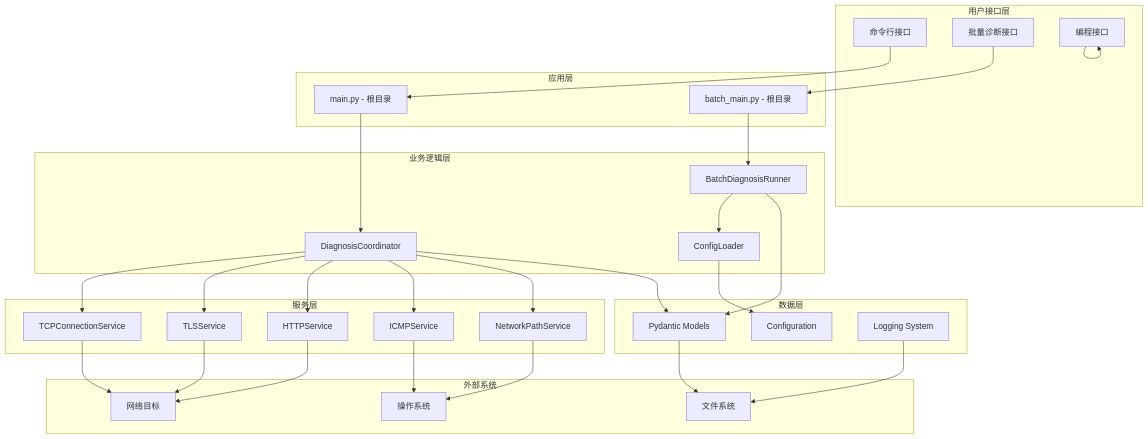
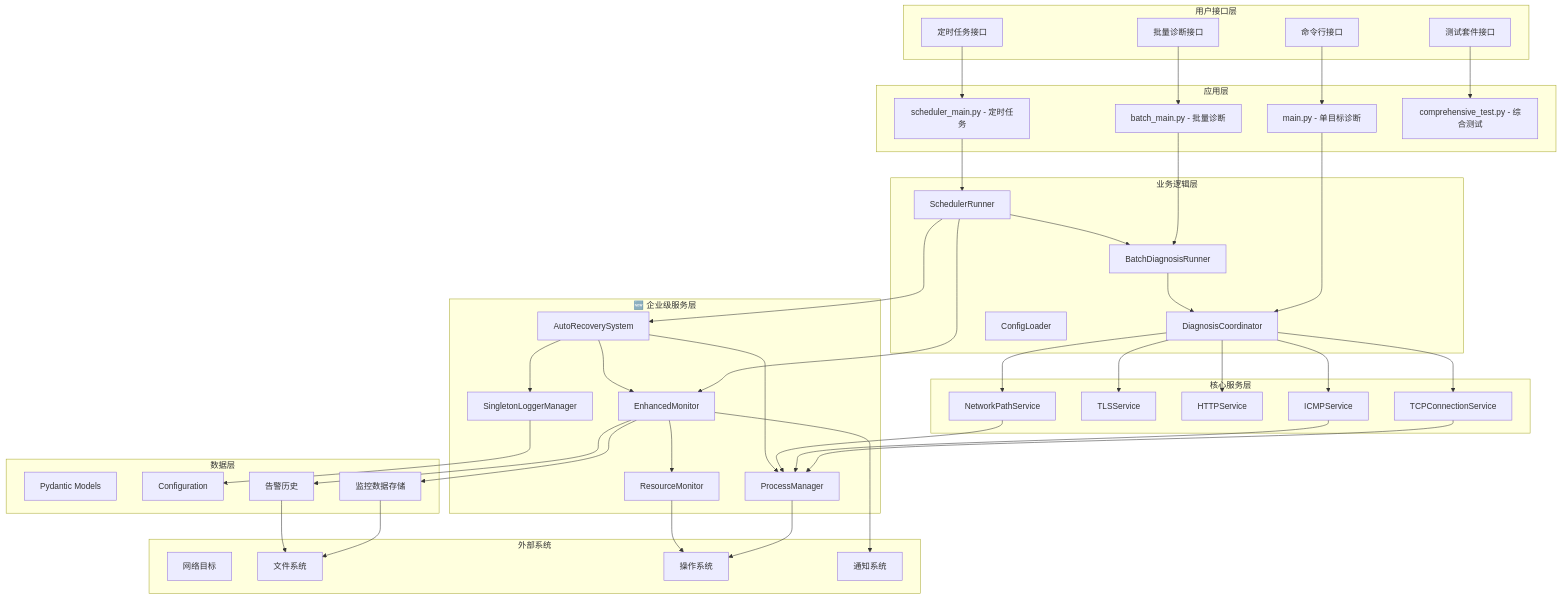
Before and after one commit to Matthewyin/probing: the first of 7 diagrams in network-diagnosis/doc/ARCHITECTURE.md, drawn with Mermaid. The commit also changed other lines of this file and 7 other files, not shown here.

````diff
--- a/network-diagnosis/doc/ARCHITECTURE.md
+++ b/network-diagnosis/doc/ARCHITECTURE.md
@@ -11,22 +22,25 @@
     subgraph "用户接口层"
         CLI[命令行接口]
         BatchCLI[批量诊断接口]
-        API[编程接口]
+        SchedulerCLI[定时任务接口]
+        TestSuite[测试套件接口]
     end
     
     subgraph "应用层"
-        Main[main.py - 根目录]
-        BatchMain[batch_main.py - 根目录]
-        API[编程接口]
+        Main[main.py - 单目标诊断]
+        BatchMain[batch_main.py - 批量诊断]
+        SchedulerMain[scheduler_main.py - 定时任务]
+        ComprehensiveTest[comprehensive_test.py - 综合测试]
     end
     
     subgraph "业务逻辑层"
         Coordinator[DiagnosisCoordinator]
         BatchRunner[BatchDiagnosisRunner]
+        SchedulerRunner[SchedulerRunner]
         ConfigLoader[ConfigLoader]
     end
     
-    subgraph "服务层"
+    subgraph "核心服务层"
         TCPService[TCPConnectionService]
         TLSService[TLSService]
         HTTPService[HTTPService]
@@ -34,25 +48,41 @@
         PathService[NetworkPathService]
     end
     
+    subgraph "🆕 企业级服务层"
+        SingletonLogger[SingletonLoggerManager]
+        EnhancedMonitor[EnhancedMonitor]
+        AutoRecovery[AutoRecoverySystem]
+        ProcessManager[ProcessManager]
+        ResourceMonitor[ResourceMonitor]
+    end
+    
     subgraph "数据层"
         Models[Pydantic Models]
         Config[Configuration]
-        Logger[Logging System]
+        MonitoringData[监控数据存储]
+        AlertHistory[告警历史]
     end
     
     subgraph "外部系统"
         Network[网络目标]
         FileSystem[文件系统]
         OS[操作系统]
+        NotificationSystems[通知系统]
     end
     
     CLI --> Main
     BatchCLI --> BatchMain
-    API --> API
+    SchedulerCLI --> SchedulerMain
+    TestSuite --> ComprehensiveTest
     
     Main --> Coordinator
     BatchMain --> BatchRunner
-    BatchRunner --> ConfigLoader
+    SchedulerMain --> SchedulerRunner
+    
+    BatchRunner --> Coordinator
+    SchedulerRunner --> BatchRunner
+    SchedulerRunner --> EnhancedMonitor
+    SchedulerRunner --> AutoRecovery
     
     Coordinator --> TCPService
     Coordinator --> TLSService
@@ -60,16 +90,23 @@
     Coordinator --> ICMPService
     Coordinator --> PathService
     
-    TCPService --> Network
-    TLSService --> Network
-    HTTPService --> Network
-    ICMPService --> OS
-    PathService --> OS
+    TCPService --> ProcessManager
+    ICMPService --> ProcessManager
+    PathService --> ProcessManager
     
-    ConfigLoader --> Config
-    BatchRunner --> Models
-    Coordinator --> Models
+    EnhancedMonitor --> ResourceMonitor
+    EnhancedMonitor --> MonitoringData
+    EnhancedMonitor --> AlertHistory
     
-    Models --> FileSystem
-    Logger --> FileSystem
+    AutoRecovery --> EnhancedMonitor
+    AutoRecovery --> SingletonLogger
+    AutoRecovery --> ProcessManager
+    
+    SingletonLogger --> Config
+    EnhancedMonitor --> NotificationSystems
+    
+    ProcessManager --> OS
+    ResourceMonitor --> OS
+    MonitoringData --> FileSystem
+    AlertHistory --> FileSystem
 ```
````
